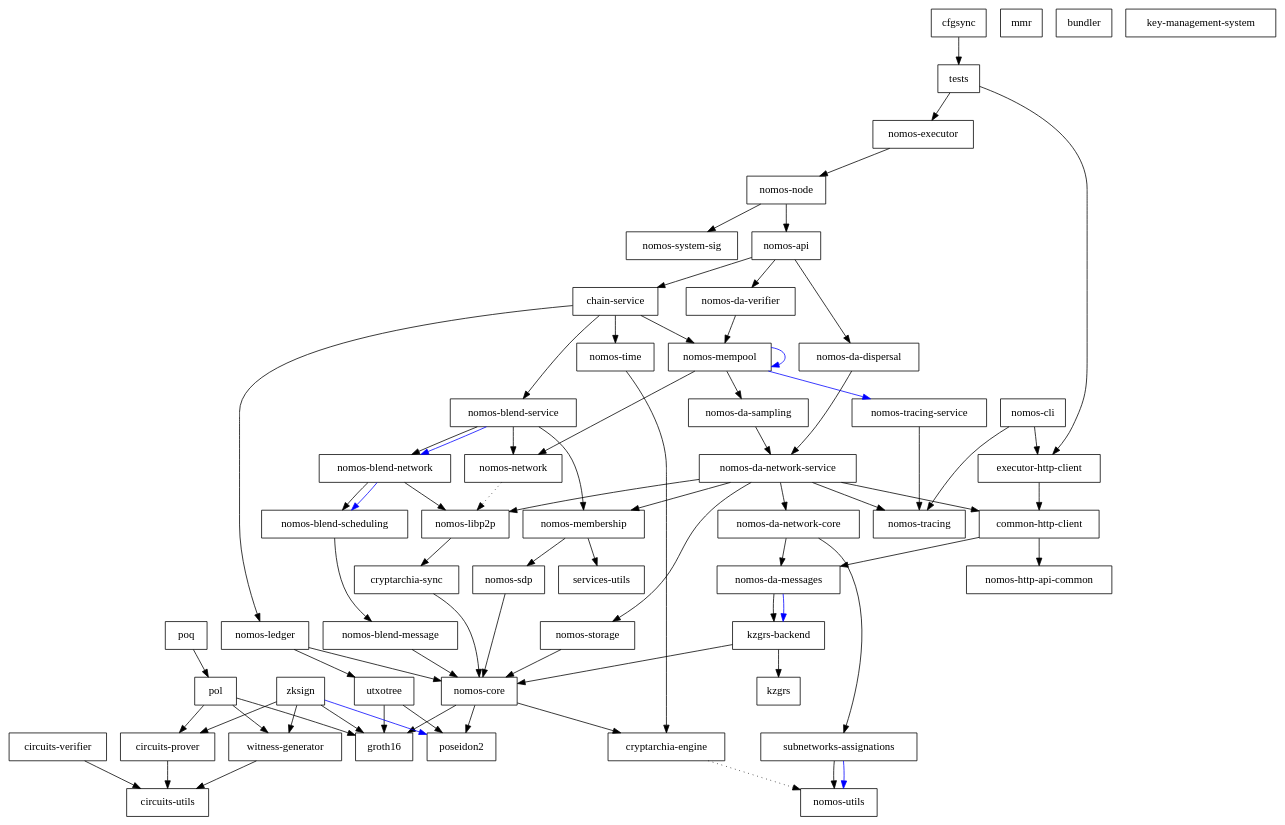
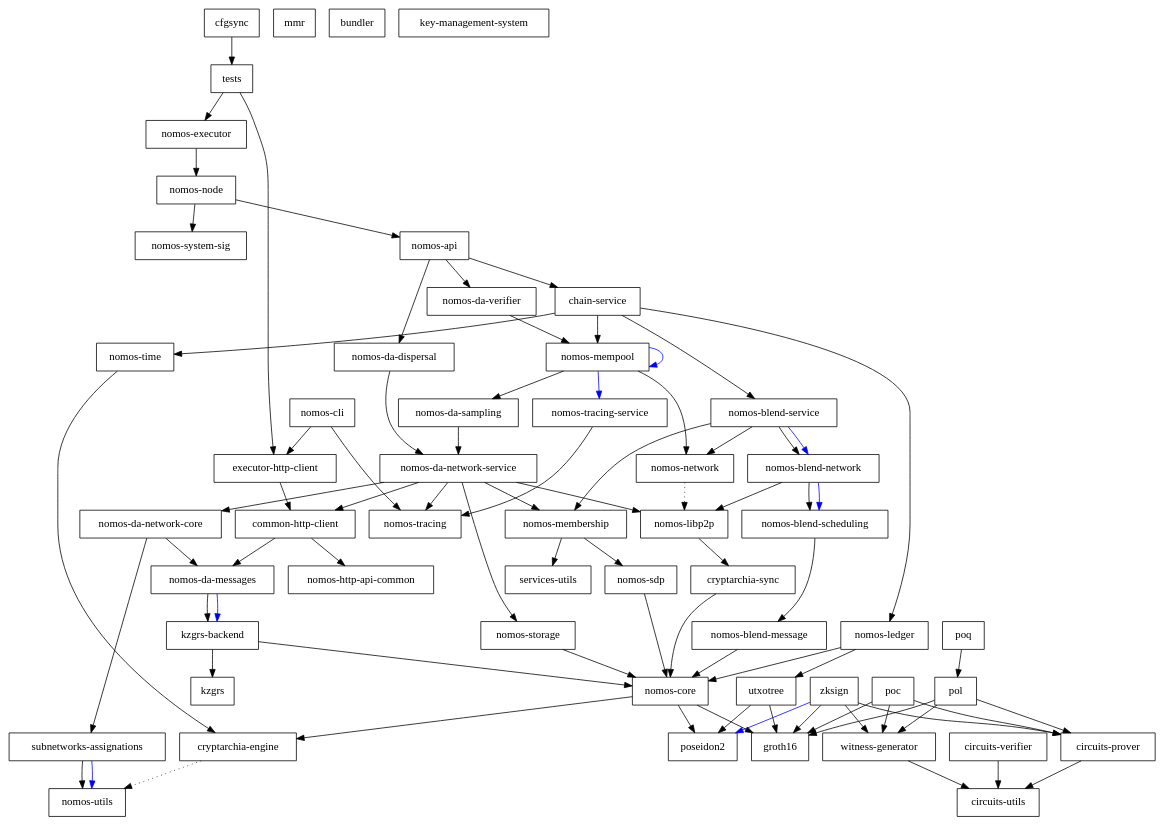
One commit to Astro521/logos-blockchain changed the diagram in dependencies_graph.dot. Above: the diagram before and after it, drawn with Graphviz. The commit also changed 13 other files, not shown here.

```diff
--- a/dependencies_graph.dot
+++ b/dependencies_graph.dot
@@ -1,130 +1,134 @@
 digraph {
     0 [ label = "cryptarchia-engine" shape = box]
     1 [ label = "nomos-utils" shape = box]
     2 [ label = "cryptarchia-sync" shape = box]
     3 [ label = "nomos-core" shape = box]
     4 [ label = "groth16" shape = box]
     5 [ label = "poseidon2" shape = box]
     6 [ label = "nomos-ledger" shape = box]
     7 [ label = "utxotree" shape = box]
     8 [ label = "mmr" shape = box]
     9 [ label = "nomos-http-api-common" shape = box]
     10 [ label = "nomos-executor" shape = box]
     11 [ label = "kzgrs-backend" shape = box]
     12 [ label = "kzgrs" shape = box]
     13 [ label = "nomos-api" shape = box]
     14 [ label = "chain-service" shape = box]
     15 [ label = "nomos-blend-service" shape = box]
     16 [ label = "nomos-blend-message" shape = box]
     17 [ label = "nomos-blend-network" shape = box]
     18 [ label = "nomos-blend-scheduling" shape = box]
     19 [ label = "nomos-libp2p" shape = box]
     20 [ label = "nomos-membership" shape = box]
     21 [ label = "nomos-sdp" shape = box]
     22 [ label = "services-utils" shape = box]
     23 [ label = "nomos-network" shape = box]
     24 [ label = "nomos-da-sampling" shape = box]
     25 [ label = "nomos-da-network-core" shape = box]
     26 [ label = "nomos-da-messages" shape = box]
     27 [ label = "subnetworks-assignations" shape = box]
     28 [ label = "nomos-da-network-service" shape = box]
     29 [ label = "common-http-client" shape = box]
     30 [ label = "nomos-storage" shape = box]
     31 [ label = "nomos-tracing" shape = box]
     32 [ label = "nomos-mempool" shape = box]
     33 [ label = "nomos-tracing-service" shape = box]
     34 [ label = "nomos-time" shape = box]
     35 [ label = "nomos-da-dispersal" shape = box]
     36 [ label = "nomos-da-verifier" shape = box]
     37 [ label = "nomos-node" shape = box]
     38 [ label = "nomos-system-sig" shape = box]
     39 [ label = "executor-http-client" shape = box]
     40 [ label = "bundler" shape = box]
     41 [ label = "nomos-cli" shape = box]
     42 [ label = "key-management-system" shape = box]
     43 [ label = "cfgsync" shape = box]
     44 [ label = "tests" shape = box]
     45 [ label = "circuits-prover" shape = box]
     46 [ label = "circuits-utils" shape = box]
     47 [ label = "circuits-verifier" shape = box]
     48 [ label = "witness-generator" shape = box]
-    49 [ label = "pol" shape = box]
-    50 [ label = "poq" shape = box]
-    51 [ label = "zksign" shape = box]
+    49 [ label = "poc" shape = box]
+    50 [ label = "pol" shape = box]
+    51 [ label = "poq" shape = box]
+    52 [ label = "zksign" shape = box]
     0 -> 1 [ style = dotted]
     2 -> 3 [ ]
     3 -> 0 [ ]
     3 -> 4 [ ]
     3 -> 5 [ ]
     6 -> 3 [ ]
     6 -> 7 [ ]
     7 -> 4 [ ]
     7 -> 5 [ ]
     10 -> 37 [ ]
     11 -> 12 [ ]
     11 -> 3 [ ]
     13 -> 14 [ ]
     13 -> 35 [ ]
     13 -> 36 [ ]
     14 -> 15 [ ]
     14 -> 6 [ ]
     14 -> 32 [ ]
     14 -> 34 [ ]
     15 -> 17 [ ]
     15 -> 17 [ color = blue]
     15 -> 20 [ ]
     15 -> 23 [ ]
     16 -> 3 [ ]
     17 -> 18 [ ]
     17 -> 18 [ color = blue]
     17 -> 19 [ ]
     18 -> 16 [ ]
     19 -> 2 [ ]
     20 -> 21 [ ]
     20 -> 22 [ ]
     21 -> 3 [ ]
     23 -> 19 [ style = dotted]
     24 -> 28 [ ]
     25 -> 26 [ ]
     25 -> 27 [ ]
     26 -> 11 [ ]
     26 -> 11 [ color = blue]
     27 -> 1 [ ]
     27 -> 1 [ color = blue]
     28 -> 29 [ ]
     28 -> 25 [ ]
     28 -> 19 [ ]
     28 -> 20 [ ]
     28 -> 30 [ ]
     28 -> 31 [ ]
     29 -> 26 [ ]
     29 -> 9 [ ]
     30 -> 3 [ ]
     32 -> 24 [ ]
     32 -> 32 [ color = blue]
     32 -> 23 [ ]
     32 -> 33 [ color = blue]
     33 -> 31 [ ]
     34 -> 0 [ ]
     35 -> 28 [ ]
     36 -> 32 [ ]
     37 -> 13 [ ]
     37 -> 38 [ ]
     39 -> 29 [ ]
     41 -> 39 [ ]
     41 -> 31 [ ]
     43 -> 44 [ ]
     44 -> 39 [ ]
     44 -> 10 [ ]
     45 -> 46 [ ]
     47 -> 46 [ ]
     48 -> 46 [ ]
     49 -> 45 [ ]
     49 -> 4 [ ]
     49 -> 48 [ ]
-    50 -> 49 [ ]
-    51 -> 45 [ ]
-    51 -> 4 [ ]
-    51 -> 5 [ color = blue]
-    51 -> 48 [ ]
+    50 -> 45 [ ]
+    50 -> 4 [ ]
+    50 -> 48 [ ]
+    51 -> 50 [ ]
+    52 -> 45 [ ]
+    52 -> 4 [ ]
+    52 -> 5 [ color = blue]
+    52 -> 48 [ ]
 }
```
